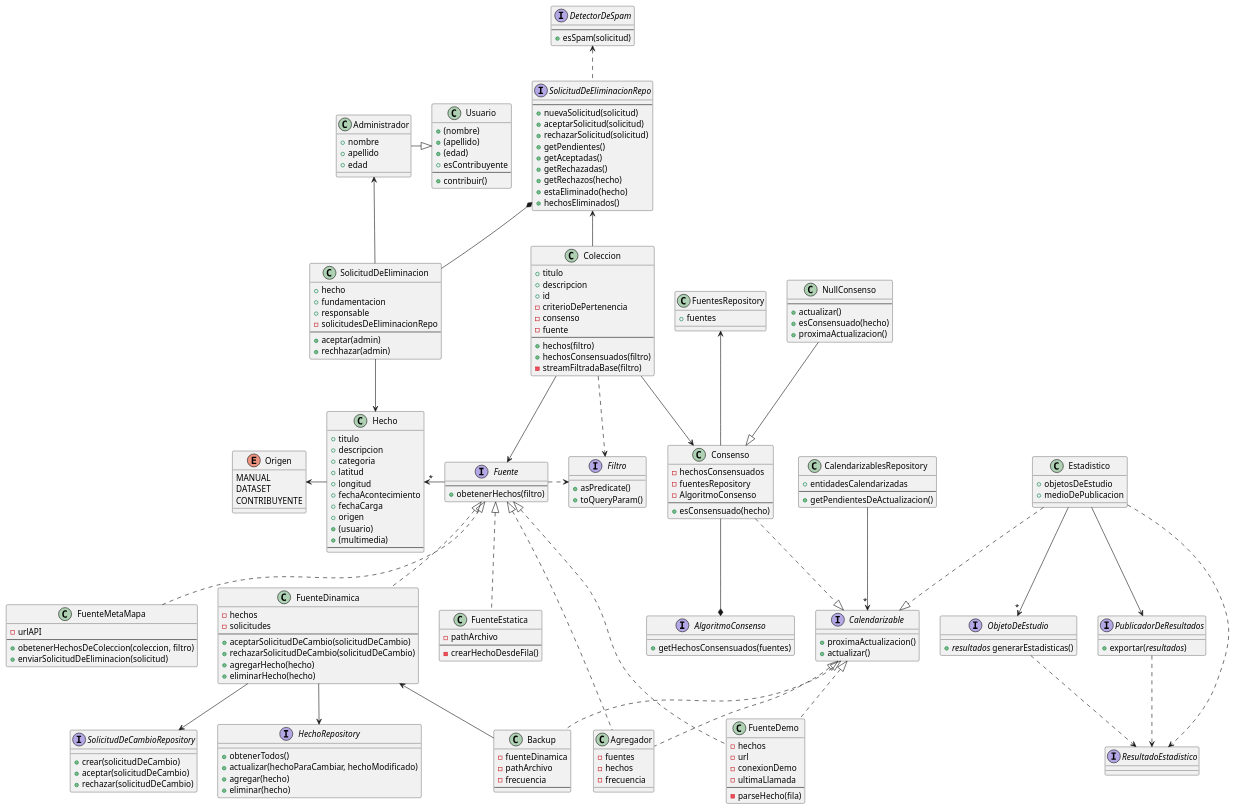
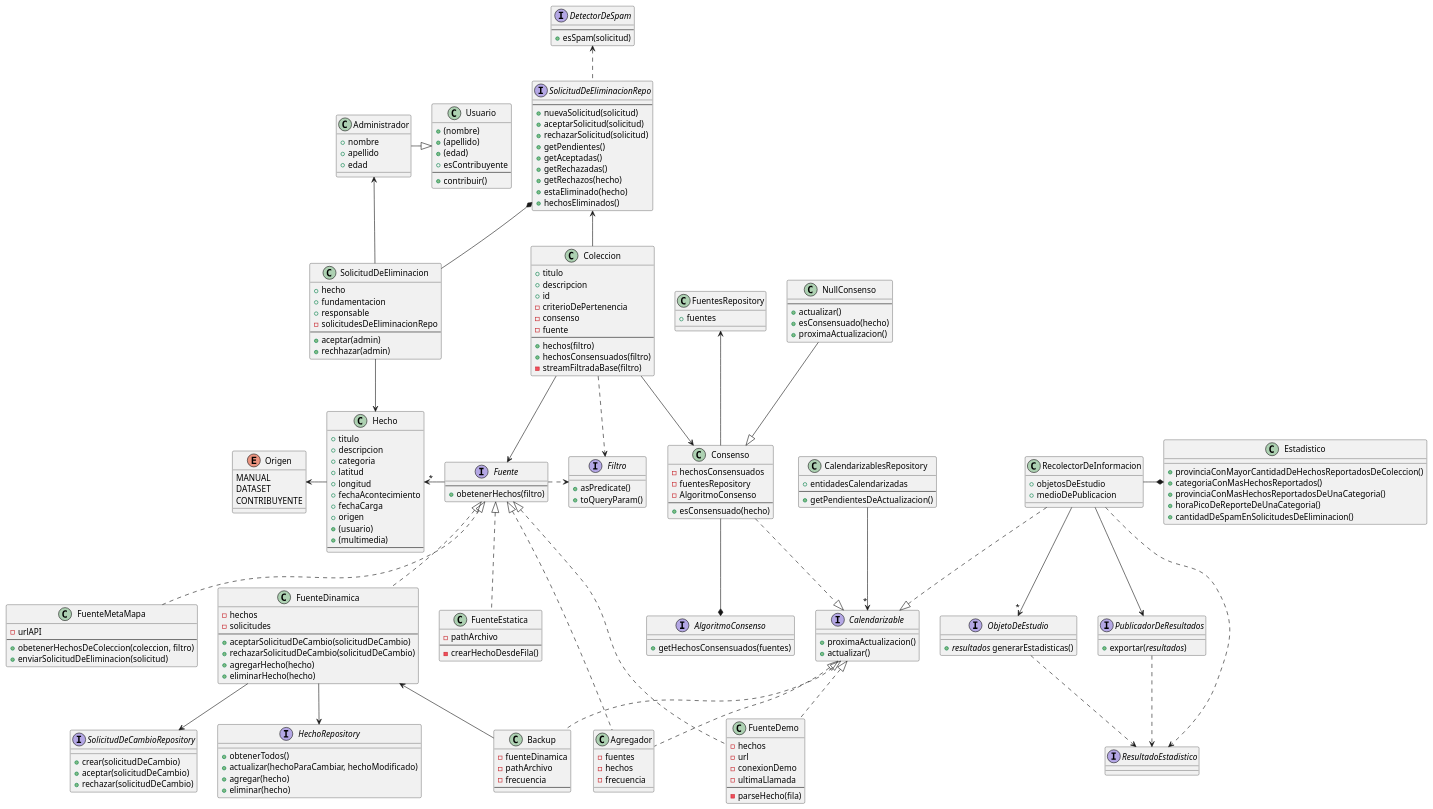
The diagram in diagramas/diagrama-clases.puml (lrizzitano/Metamapa), drawn with PlantUML before and after one commit. The commit also changed 5 other files, not shown here.

Commit message:
actualizo el diagrama de clases

```diff
--- a/diagramas/diagrama-clases.puml
+++ b/diagramas/diagrama-clases.puml
@@ -179,7 +179,7 @@
     -frecuencia
 }
 
-class Estadistico {
+class RecolectorDeInformacion {
     + objetosDeEstudio
     + medioDePublicacion
 }
@@ -191,7 +191,16 @@
 interface PublicadorDeResultados {
     + exportar(//resultados//)
 }
+
 interface ResultadoEstadistico {
+}
+
+class Estadistico {
+    +provinciaConMayorCantidadDeHechosReportadosDeColeccion()
+    +categoriaConMasHechosReportados()
+    +provinciaConMasHechosReportadosDeUnaCategoria()
+    +horaPicoDeReporteDeUnaCategoria()
+    +cantidadDeSpamEnSolicitudesDeEliminacion()
 }
 
 Administrador -r-|> Usuario
@@ -235,11 +244,12 @@
 Backup .u.|> Calendarizable
 Backup -u-> FuenteDinamica
 
-Estadistico .d.|> Calendarizable
-Estadistico -->"*" ObjetoDeEstudio
-Estadistico --> PublicadorDeResultados
-Estadistico ..> ResultadoEstadistico
+RecolectorDeInformacion ..|> Calendarizable
+RecolectorDeInformacion -->"*" ObjetoDeEstudio
+RecolectorDeInformacion --> PublicadorDeResultados
+RecolectorDeInformacion ..> ResultadoEstadistico
 PublicadorDeResultados ..> ResultadoEstadistico
 ObjetoDeEstudio ..> ResultadoEstadistico
+RecolectorDeInformacion -r-* Estadistico
 
 @enduml
```
